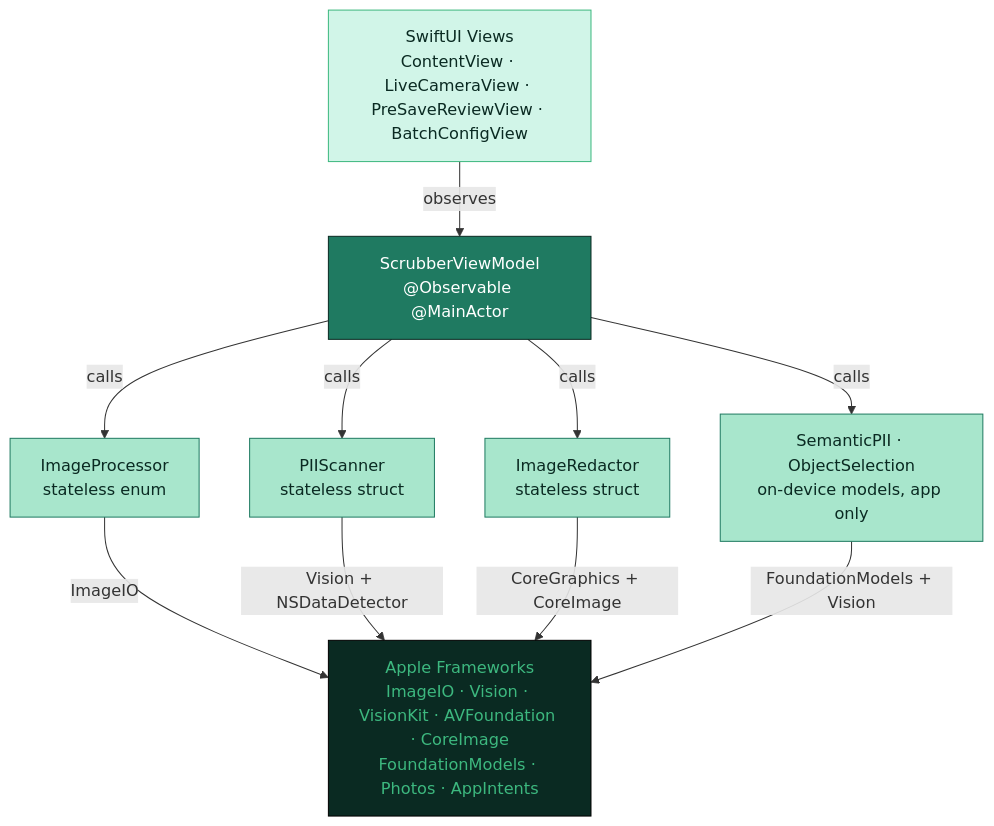
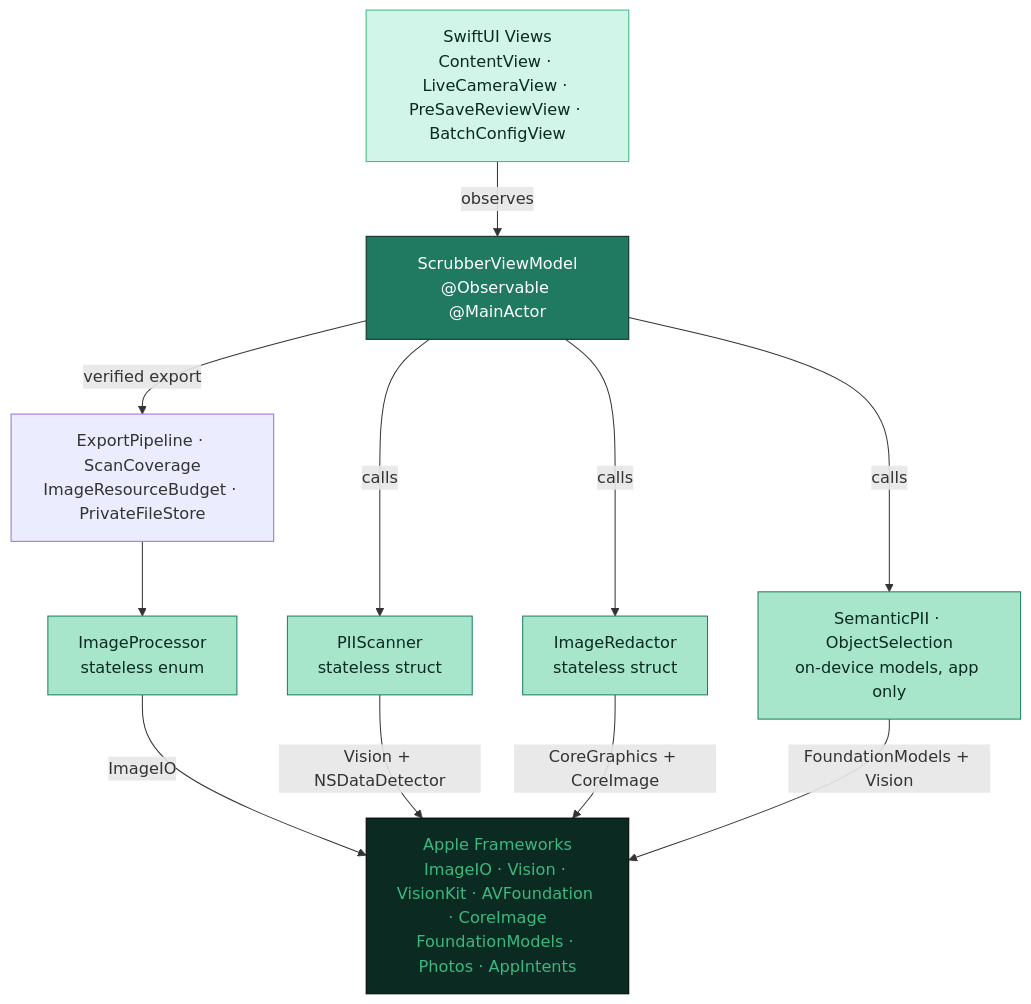
Before and after one commit to northcutted/picstrip: the diagram in README.md, drawn with Mermaid. The commit also changed other lines of this file and 135 other files, not shown here.

````diff
--- a/README.md
+++ b/README.md
@@ -66,22 +68,23 @@
 ```mermaid
 graph TD
     A["SwiftUI Views\nContentView · LiveCameraView · PreSaveReviewView · BatchConfigView"] -->|observes| B["ScrubberViewModel\n@Observable @MainActor"]
-    B -->|calls| C["ImageProcessor\nstateless enum"]
+    B -->|verified export| P["ExportPipeline · ScanCoverage\nImageResourceBudget · PrivateFileStore"]
+    P --> C["ImageProcessor\nstateless enum"]
     B -->|calls| D["PIIScanner\nstateless struct"]
     B -->|calls| E["ImageRedactor\nstateless struct"]
     B -->|calls| G["SemanticPII · ObjectSelection\non-device models, app only"]
     C -->|ImageIO| F["Apple Frameworks\nImageIO · Vision · VisionKit · AVFoundation · CoreImage\nFoundationModels · Photos · AppIntents"]
     D -->|Vision + NSDataDetector| F
     E -->|CoreGraphics + CoreImage| F
     G -->|FoundationModels + Vision| F
 
     classDef views   fill:#d1f5e8,stroke:#3db87f,color:#0a2a22
     classDef vm      fill:#1f7a61,stroke:#0a2a22,color:#ffffff
     classDef service fill:#a8e6cc,stroke:#1f7a61,color:#0a2a22
     classDef system  fill:#0a2a22,stroke:#000000,color:#3db87f
 
     class A views
     class B vm
     class C,D,E,G service
     class F system
 ```
````
